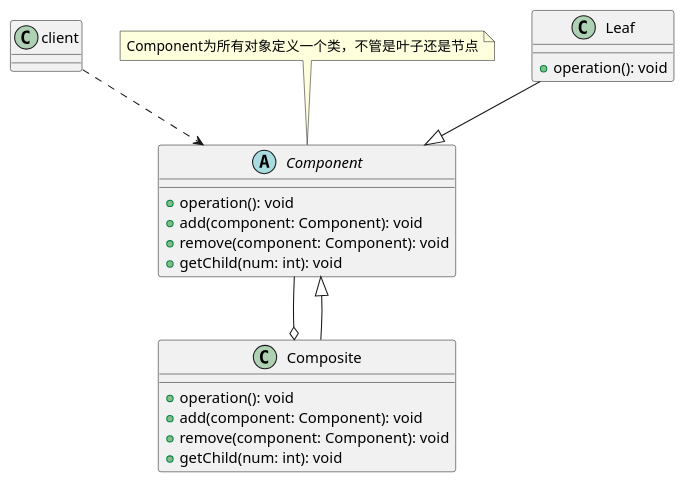
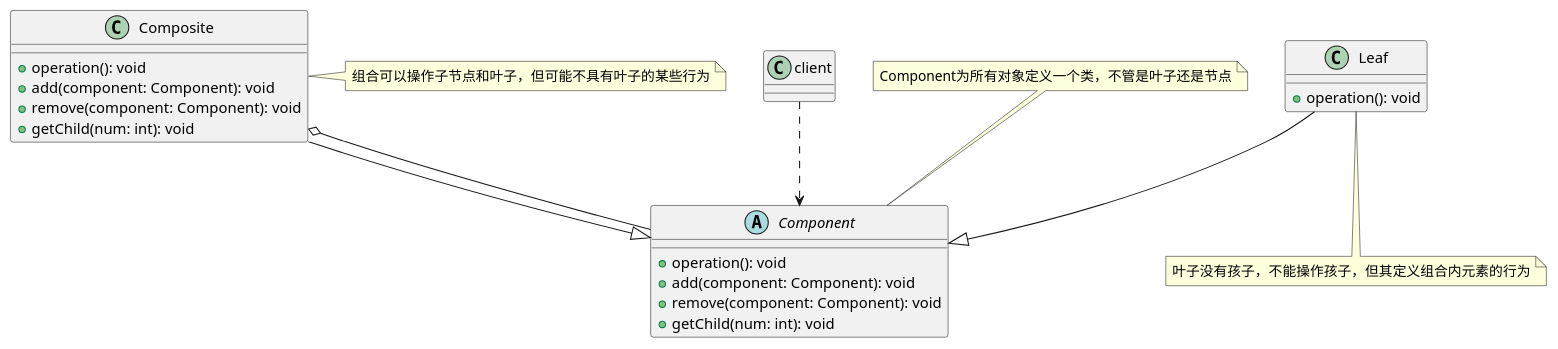
Before and after one commit to SmileCJX/DesignPattern: the diagram in src/pers/caijx/composite/Composite.puml, drawn with PlantUML.

Commit message:
组合模式关系类图

```diff
--- a/src/pers/caijx/composite/Composite.puml
+++ b/src/pers/caijx/composite/Composite.puml
@@ -1,25 +1,27 @@
 @startuml
 
 class client
 abstract class Component
 note top of Component : Component为所有对象定义一个类，不管是叶子还是节点
 Component : +operation(): void
 Component : +add(component: Component): void
 Component : +remove(component: Component): void
 Component : +getChild(num: int): void
 class Leaf
 Leaf : +operation(): void
+note bottom of Leaf : 叶子没有孩子，不能操作孩子，但其定义组合内元素的行为
 class Composite
+note right of Composite : 组合可以操作子节点和叶子，但可能不具有叶子的某些行为
 Composite : +operation(): void
 Composite : +add(component: Component): void
 Composite : +remove(component: Component): void
 Composite : +getChild(num: int): void
 
 client ..> Component
 Leaf --|> Component
 Composite --|> Component
 Component --o Composite
 
 
 
 @enduml
```
